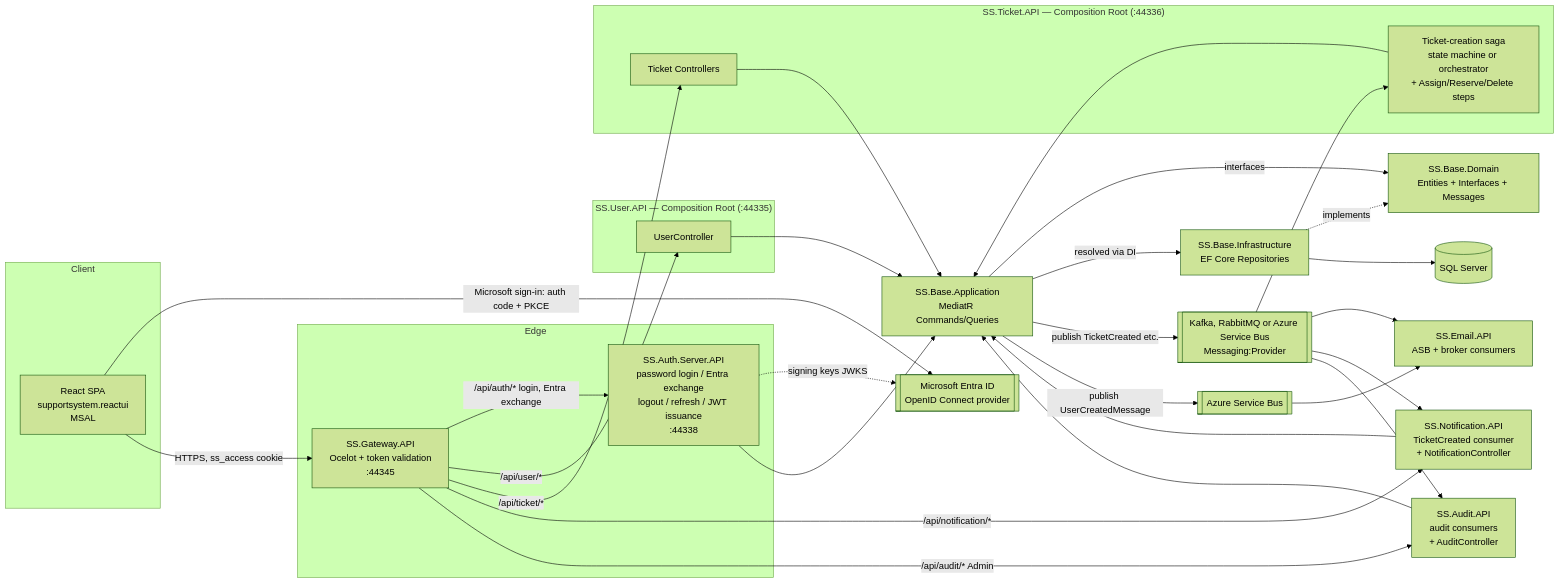
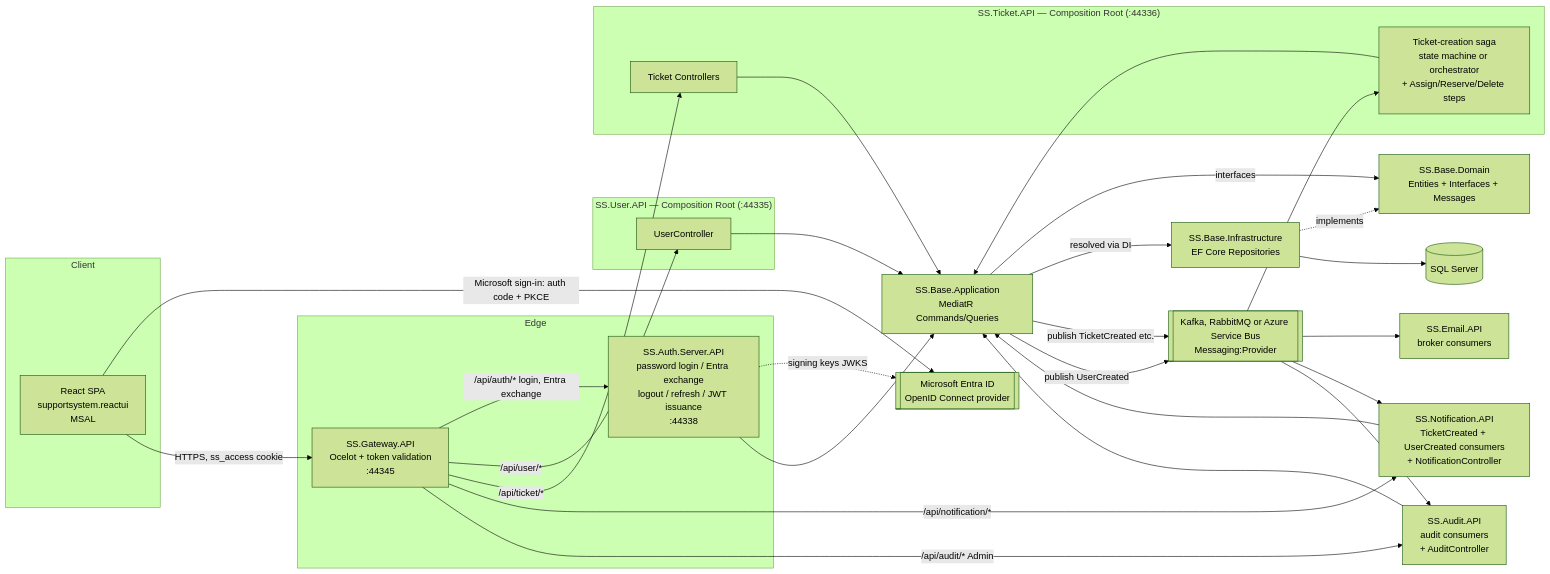
Before and after one commit to narendransekar7/Support: the first of 2 diagrams in SupportSystemManagement/SupportSystem/ARCHITECTURE.md, drawn with Mermaid (forest theme). The commit also changed other lines of this file and 65 other files, not shown here.

````diff
--- a/SupportSystemManagement/SupportSystem/ARCHITECTURE.md
+++ b/SupportSystemManagement/SupportSystem/ARCHITECTURE.md
@@ -26,60 +26,58 @@
 ```mermaid
 flowchart LR
     subgraph Client
         UI[React SPA<br/>supportsystem.reactui<br/>MSAL]
     end
 
     ENTRA[[Microsoft Entra ID<br/>OpenID Connect provider]]
 
     subgraph Edge
         GW[SS.Gateway.API<br/>Ocelot + token validation<br/>:44345]
         AUTH[SS.Auth.Server.API<br/>password login / Entra exchange<br/>logout / refresh / JWT issuance<br/>:44338]
     end
 
     subgraph UserCore["SS.User.API — Composition Root (:44335)"]
         UAPI[UserController]
     end
 
     subgraph TicketCore["SS.Ticket.API — Composition Root (:44336)"]
         TAPI[Ticket Controllers]
         SAGA[Ticket-creation saga<br/>state machine or orchestrator<br/>+ Assign/Reserve/Delete steps]
     end
 
-    NOTIF[SS.Notification.API<br/>TicketCreated consumer<br/>+ NotificationController]
+    NOTIF[SS.Notification.API<br/>TicketCreated + UserCreated consumers<br/>+ NotificationController]
     AUDIT[SS.Audit.API<br/>audit consumers<br/>+ AuditController]
 
     APP[SS.Base.Application<br/>MediatR Commands/Queries]
     DOM[SS.Base.Domain<br/>Entities + Interfaces + Messages]
     INFRA[SS.Base.Infrastructure<br/>EF Core Repositories]
 
     DB[(SQL Server)]
-    ASB[[Azure Service Bus]]
     MQ[[Kafka, RabbitMQ or Azure Service Bus<br/>Messaging:Provider]]
-    EMAIL[SS.Email.API<br/>ASB + broker consumers]
+    EMAIL[SS.Email.API<br/>broker consumers]
 
     UI -->|Microsoft sign-in: auth code + PKCE| ENTRA
     UI -->|HTTPS, ss_access cookie| GW
     AUTH -.signing keys JWKS.-> ENTRA
     GW -->|/api/auth/* login, Entra exchange| AUTH
     GW -->|/api/user/*| UAPI
     GW -->|/api/ticket/*| TAPI
     GW -->|/api/notification/*| NOTIF
     GW -->|/api/audit/* Admin| AUDIT
     AUTH --> APP
     UAPI --> APP
     TAPI --> APP
     SAGA --> APP
     APP -->|interfaces| DOM
     INFRA -.implements.-> DOM
     APP -->|resolved via DI| INFRA
     INFRA --> DB
     APP -->|publish TicketCreated etc.| MQ
     MQ --> SAGA
     MQ --> EMAIL
     MQ --> NOTIF
     MQ --> AUDIT
     NOTIF --> APP
     AUDIT --> APP
-    APP -->|publish UserCreatedMessage| ASB
-    ASB --> EMAIL
+    APP -->|publish UserCreated| MQ
 ```
````
